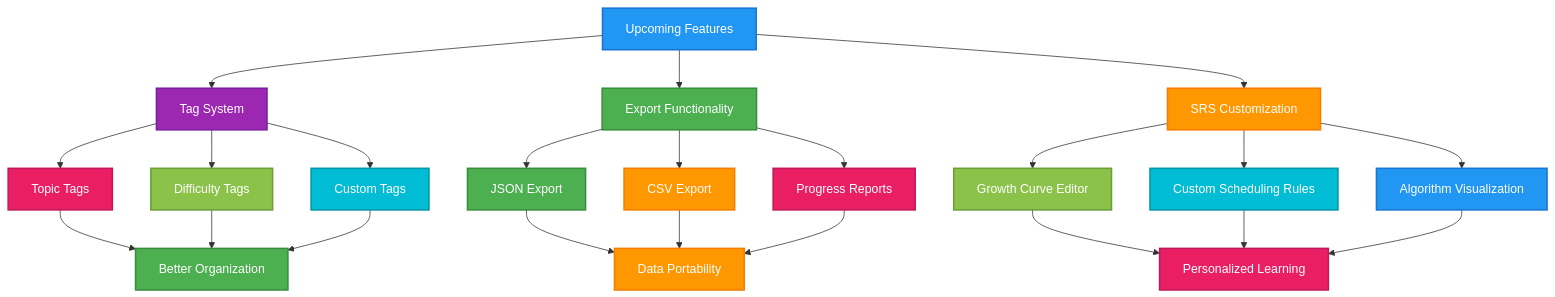
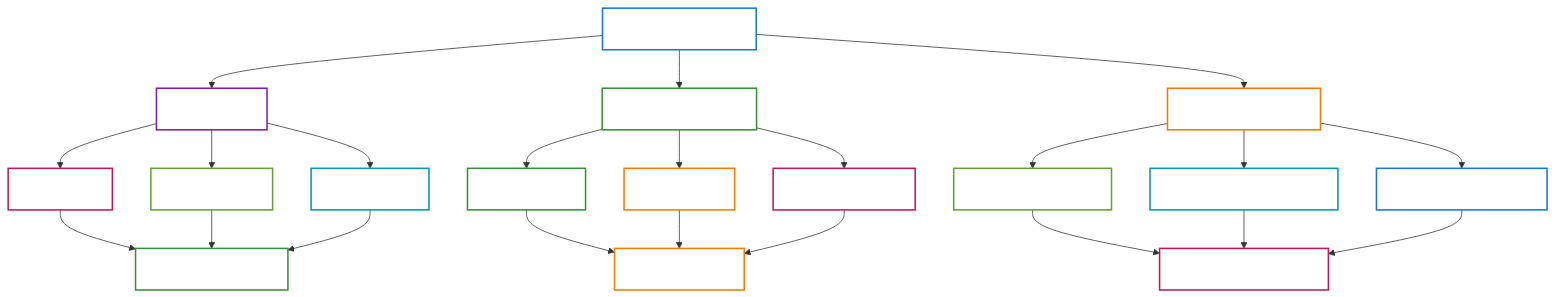
One commit to eannchen/leetsolv changed the eighth of 8 diagrams in README.md. Above: the diagram before and after it, drawn with Mermaid. The commit also changed other lines of this file, not shown here.

Commit message:
docs: update README.md to adjust flowchart styles by adding fill-opacity for improved visual clarity and consistency across all sections

````diff
--- a/README.md
+++ b/README.md
@@ -703,47 +703,47 @@
 ```mermaid
 graph TD
     A[Upcoming Features] --> B[Tag System]
     A --> C[Export Functionality]
     A --> D[SRS Customization]
 
     B --> E[Topic Tags]
     B --> F[Difficulty Tags]
     B --> G[Custom Tags]
 
     C --> H[JSON Export]
     C --> I[CSV Export]
     C --> J[Progress Reports]
 
     D --> K[Growth Curve Editor]
     D --> L[Custom Scheduling Rules]
     D --> M[Algorithm Visualization]
 
     E --> N[Better Organization]
     F --> N
     G --> N
 
     H --> O[Data Portability]
     I --> O
     J --> O
 
     K --> P[Personalized Learning]
     L --> P
     M --> P
 
-    style A fill:#2196F3,stroke:#1976D2,stroke-width:2px,color:#ffffff
-    style B fill:#9C27B0,stroke:#7B1FA2,stroke-width:2px,color:#ffffff
-    style C fill:#4CAF50,stroke:#388E3C,stroke-width:2px,color:#ffffff
-    style D fill:#FF9800,stroke:#F57C00,stroke-width:2px,color:#ffffff
-    style E fill:#E91E63,stroke:#C2185B,stroke-width:2px,color:#ffffff
-    style F fill:#8BC34A,stroke:#689F38,stroke-width:2px,color:#ffffff
-    style G fill:#00BCD4,stroke:#0097A7,stroke-width:2px,color:#ffffff
-    style H fill:#4CAF50,stroke:#388E3C,stroke-width:2px,color:#ffffff
-    style I fill:#FF9800,stroke:#F57C00,stroke-width:2px,color:#ffffff
-    style J fill:#E91E63,stroke:#C2185B,stroke-width:2px,color:#ffffff
-    style K fill:#8BC34A,stroke:#689F38,stroke-width:2px,color:#ffffff
-    style L fill:#00BCD4,stroke:#0097A7,stroke-width:2px,color:#ffffff
-    style M fill:#2196F3,stroke:#1976D2,stroke-width:2px,color:#ffffff
-    style N fill:#4CAF50,stroke:#388E3C,stroke-width:2px,color:#ffffff
-    style O fill:#FF9800,stroke:#F57C00,stroke-width:2px,color:#ffffff
-    style P fill:#E91E63,stroke:#C2185B,stroke-width:2px,color:#ffffff
+    style A fill:#2196F3,fill-opacity:0,stroke:#1976D2,stroke-width:2px,color:#ffffff
+    style B fill:#9C27B0,fill-opacity:0,stroke:#7B1FA2,stroke-width:2px,color:#ffffff
+    style C fill:#4CAF50,fill-opacity:0,stroke:#388E3C,stroke-width:2px,color:#ffffff
+    style D fill:#FF9800,fill-opacity:0,stroke:#F57C00,stroke-width:2px,color:#ffffff
+    style E fill:#E91E63,fill-opacity:0,stroke:#C2185B,stroke-width:2px,color:#ffffff
+    style F fill:#8BC34A,fill-opacity:0,stroke:#689F38,stroke-width:2px,color:#ffffff
+    style G fill:#00BCD4,fill-opacity:0,stroke:#0097A7,stroke-width:2px,color:#ffffff
+    style H fill:#4CAF50,fill-opacity:0,stroke:#388E3C,stroke-width:2px,color:#ffffff
+    style I fill:#FF9800,fill-opacity:0,stroke:#F57C00,stroke-width:2px,color:#ffffff
+    style J fill:#E91E63,fill-opacity:0,stroke:#C2185B,stroke-width:2px,color:#ffffff
+    style K fill:#8BC34A,fill-opacity:0,stroke:#689F38,stroke-width:2px,color:#ffffff
+    style L fill:#00BCD4,fill-opacity:0,stroke:#0097A7,stroke-width:2px,color:#ffffff
+    style M fill:#2196F3,fill-opacity:0,stroke:#1976D2,stroke-width:2px,color:#ffffff
+    style N fill:#4CAF50,fill-opacity:0,stroke:#388E3C,stroke-width:2px,color:#ffffff
+    style O fill:#FF9800,fill-opacity:0,stroke:#F57C00,stroke-width:2px,color:#ffffff
+    style P fill:#E91E63,fill-opacity:0,stroke:#C2185B,stroke-width:2px,color:#ffffff
 ```
````
